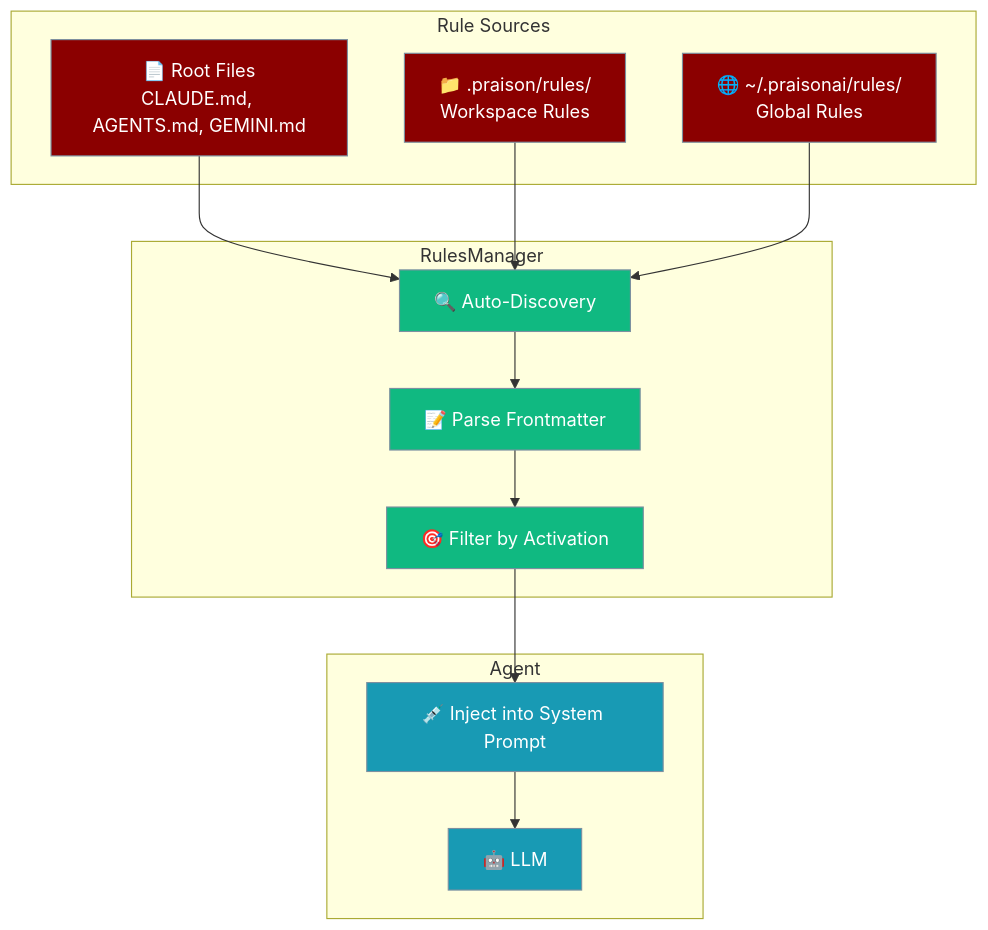
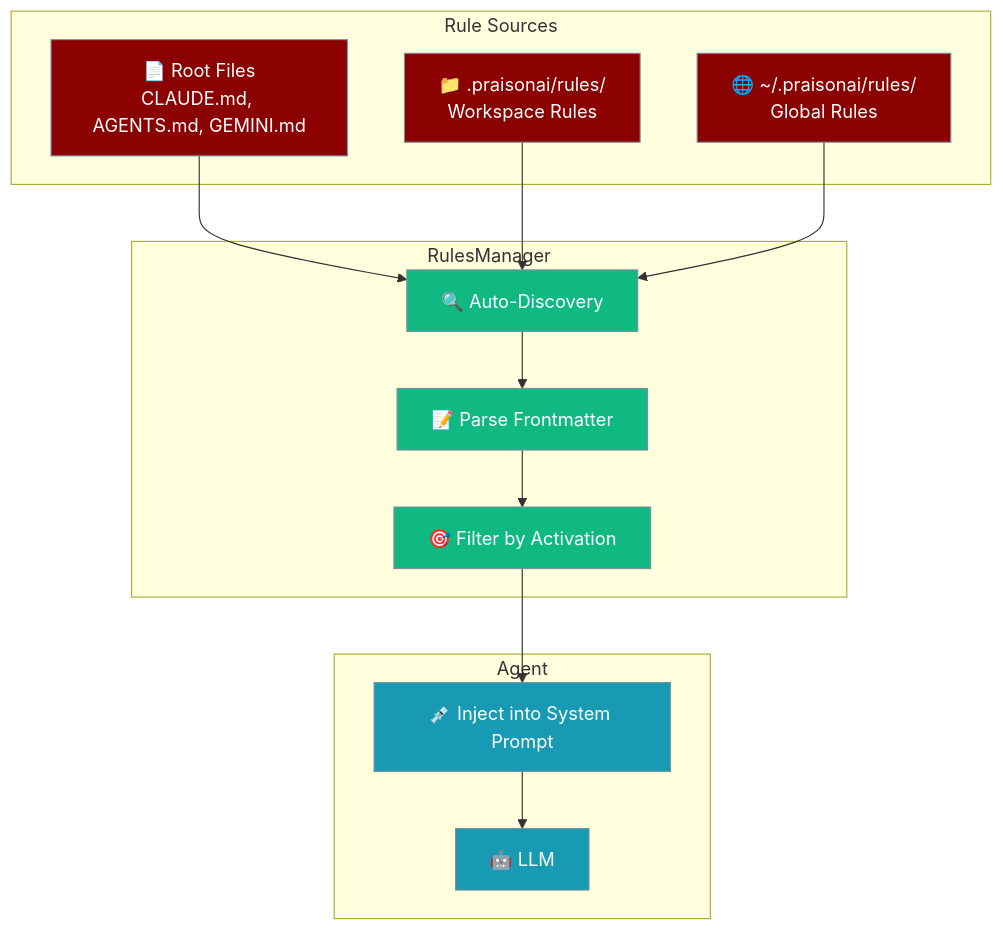
The second of 4 diagrams in docs/features/rules.mdx (MervinPraison/PraisonAIDocs), drawn with Mermaid before and after one commit. The commit also changed other lines of this file, not shown here.

First line of the commit message:
docs: update rules.mdx after PraisonAI PR #2757 — Agent(rules=...) auto-applies project rules (fixes #1696)

````diff
--- a/docs/features/rules.mdx
+++ b/docs/features/rules.mdx
@@ -34,36 +30,36 @@
 ```mermaid
 graph TB
     subgraph "Rule Sources"
         ROOT["📄 Root Files<br/>CLAUDE.md, AGENTS.md, GEMINI.md"]
-        WORKSPACE["📁 .praison/rules/<br/>Workspace Rules"]
+        WORKSPACE["📁 .praisonai/rules/<br/>Workspace Rules"]
         GLOBAL["🌐 ~/.praisonai/rules/<br/>Global Rules"]
     end
     
     subgraph "RulesManager"
         DISCOVER["🔍 Auto-Discovery"]
         PARSE["📝 Parse Frontmatter"]
         FILTER["🎯 Filter by Activation"]
     end
     
     subgraph "Agent"
         INJECT["💉 Inject into System Prompt"]
         LLM["🤖 LLM"]
     end
     
     ROOT --> DISCOVER
     WORKSPACE --> DISCOVER
     GLOBAL --> DISCOVER
     
     DISCOVER --> PARSE
     PARSE --> FILTER
     FILTER --> INJECT
     INJECT --> LLM
     
     classDef source fill:#8B0000,stroke:#7C90A0,color:#fff
     classDef manager fill:#10B981,stroke:#7C90A0,color:#fff
     classDef agent fill:#189AB4,stroke:#7C90A0,color:#fff
     
     class ROOT,WORKSPACE,GLOBAL source
     class DISCOVER,PARSE,FILTER manager
     class INJECT,LLM agent
 ```
````
